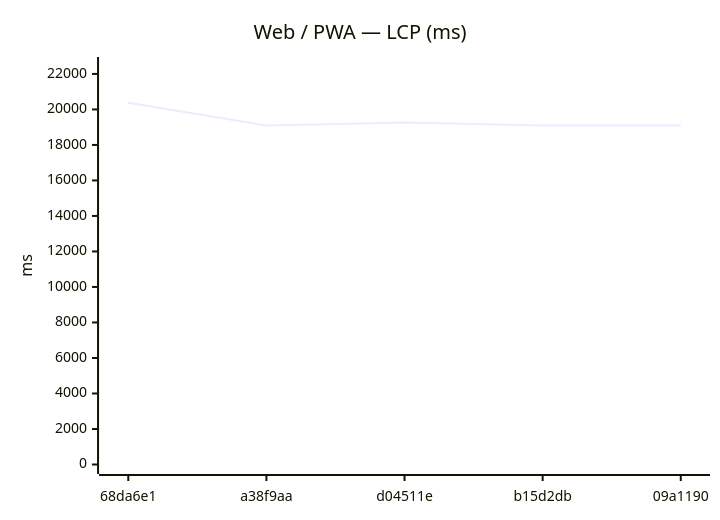
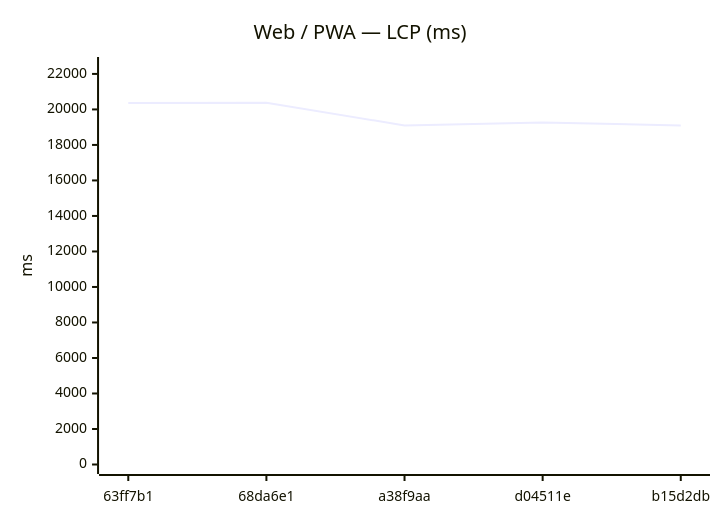
Before and after one commit to Metaheurist/Rianell: the seventh of 18 diagrams in benchmarks/compare.md, drawn with Mermaid. The commit also changed other lines of this file and 11 other files, not shown here.

````diff
--- a/benchmarks/compare.md
+++ b/benchmarks/compare.md
@@ -117,7 +117,7 @@
 ```mermaid
 xychart-beta
     title "Web / PWA — LCP (ms)"
-    x-axis ["68da6e1", "a38f9aa", "d04511e", "b15d2db", "09a1190"]
+    x-axis ["63ff7b1", "68da6e1", "a38f9aa", "d04511e", "b15d2db"]
     y-axis "ms" 0 --> 22418
-    line [20380, 19099, 19257, 19097, 19090]
+    line [20361, 20380, 19099, 19257, 19097]
 ```
````
